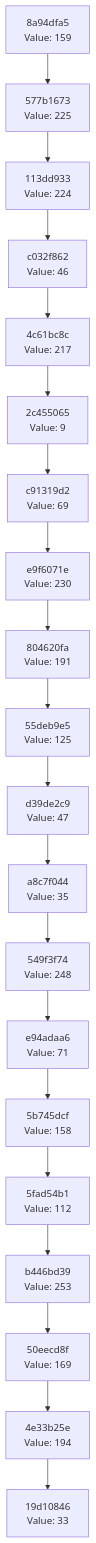
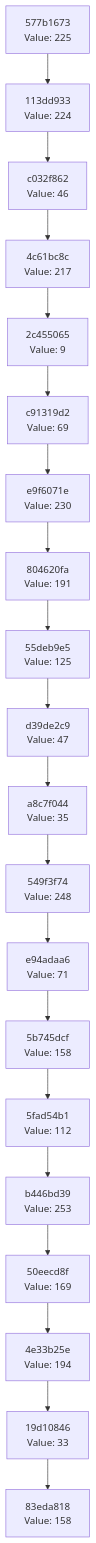
One commit to Abhisheksinha1506/hash-chain-evolver changed the diagram in docs/CHAIN_VISUALIZATION.md. Above: the diagram before and after it, drawn with Mermaid. The commit also changed 3 other files, not shown here.

````diff
--- a/docs/CHAIN_VISUALIZATION.md
+++ b/docs/CHAIN_VISUALIZATION.md
@@ -3,42 +3,42 @@
 ```mermaid
 graph TD
-    C0["19d10846<br/>Value: 33"]
-    C1["4e33b25e<br/>Value: 194"]
+    C0["83eda818<br/>Value: 158"]
+    C1["19d10846<br/>Value: 33"]
     C1 --> C0
-    C2["50eecd8f<br/>Value: 169"]
+    C2["4e33b25e<br/>Value: 194"]
     C2 --> C1
-    C3["b446bd39<br/>Value: 253"]
+    C3["50eecd8f<br/>Value: 169"]
     C3 --> C2
-    C4["5fad54b1<br/>Value: 112"]
+    C4["b446bd39<br/>Value: 253"]
     C4 --> C3
-    C5["5b745dcf<br/>Value: 158"]
+    C5["5fad54b1<br/>Value: 112"]
     C5 --> C4
-    C6["e94adaa6<br/>Value: 71"]
+    C6["5b745dcf<br/>Value: 158"]
     C6 --> C5
-    C7["549f3f74<br/>Value: 248"]
+    C7["e94adaa6<br/>Value: 71"]
     C7 --> C6
-    C8["a8c7f044<br/>Value: 35"]
+    C8["549f3f74<br/>Value: 248"]
     C8 --> C7
-    C9["d39de2c9<br/>Value: 47"]
+    C9["a8c7f044<br/>Value: 35"]
     C9 --> C8
-    C10["55deb9e5<br/>Value: 125"]
+    C10["d39de2c9<br/>Value: 47"]
     C10 --> C9
-    C11["804620fa<br/>Value: 191"]
+    C11["55deb9e5<br/>Value: 125"]
     C11 --> C10
-    C12["e9f6071e<br/>Value: 230"]
+    C12["804620fa<br/>Value: 191"]
     C12 --> C11
-    C13["c91319d2<br/>Value: 69"]
+    C13["e9f6071e<br/>Value: 230"]
     C13 --> C12
-    C14["2c455065<br/>Value: 9"]
+    C14["c91319d2<br/>Value: 69"]
     C14 --> C13
-    C15["4c61bc8c<br/>Value: 217"]
+    C15["2c455065<br/>Value: 9"]
     C15 --> C14
-    C16["c032f862<br/>Value: 46"]
+    C16["4c61bc8c<br/>Value: 217"]
     C16 --> C15
-    C17["113dd933<br/>Value: 224"]
+    C17["c032f862<br/>Value: 46"]
     C17 --> C16
-    C18["577b1673<br/>Value: 225"]
+    C18["113dd933<br/>Value: 224"]
     C18 --> C17
-    C19["8a94dfa5<br/>Value: 159"]
+    C19["577b1673<br/>Value: 225"]
     C19 --> C18
 ```
````
